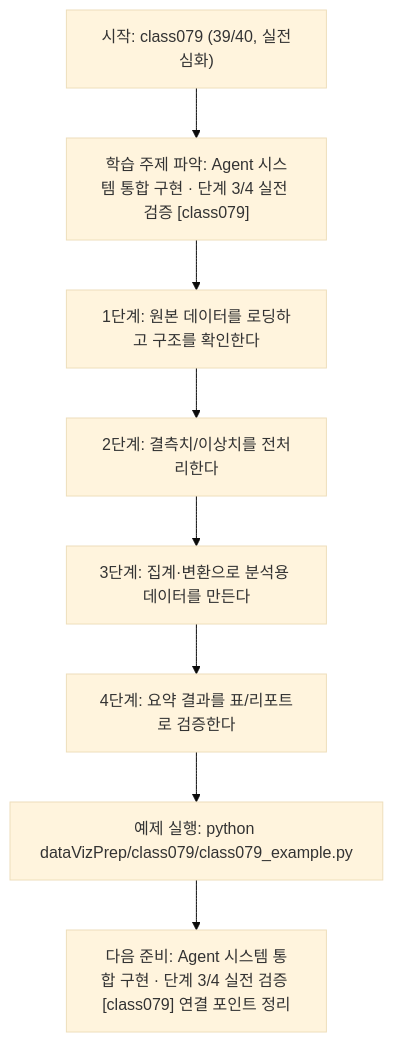
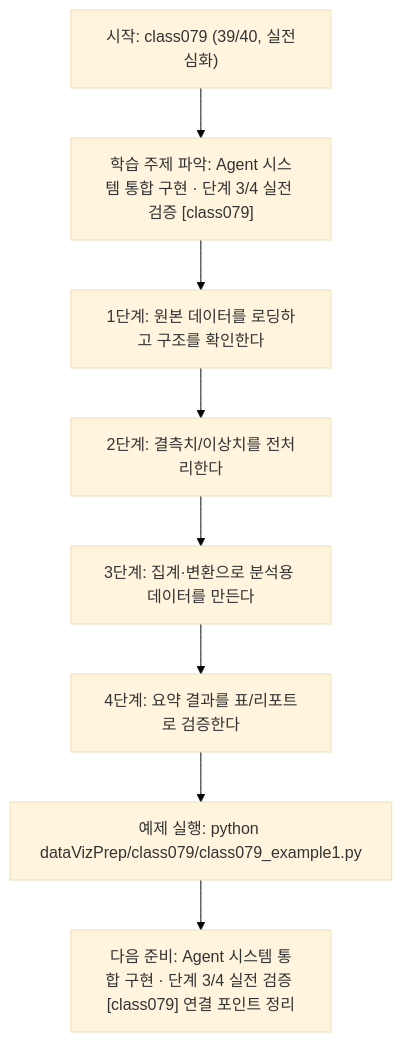
One commit to edumgt/Python-AI_Agent-Class changed the diagram in dataVizPrep/class079/class079.md. Above: the diagram before and after it, drawn with Mermaid (base theme). The commit also changed other lines of this file and 2959 other files, not shown here.

````diff
--- a/dataVizPrep/class079/class079.md
+++ b/dataVizPrep/class079/class079.md
@@ -112,18 +112,18 @@
 ```mermaid
 flowchart TD
 N1["시작: class079 (39/40, 실전심화)"]
 N2["학습 주제 파악: Agent 시스템 통합 구현 · 단계 3/4 실전 검증 [class079]"]
 N3["1단계: 원본 데이터를 로딩하고 구조를 확인한다"]
 N4["2단계: 결측치/이상치를 전처리한다"]
 N5["3단계: 집계·변환으로 분석용 데이터를 만든다"]
 N6["4단계: 요약 결과를 표/리포트로 검증한다"]
-N7["예제 실행: python dataVizPrep/class079/class079_example.py"]
+N7["예제 실행: python dataVizPrep/class079/class079_example1.py"]
 N8["다음 준비: Agent 시스템 통합 구현 · 단계 3/4 실전 검증 [class079] 연결 포인트 정리"]
 N1 --> N2
 N2 --> N3
 N3 --> N4
 N4 --> N5
 N5 --> N6
 N6 --> N7
 N7 --> N8
 ```
````
